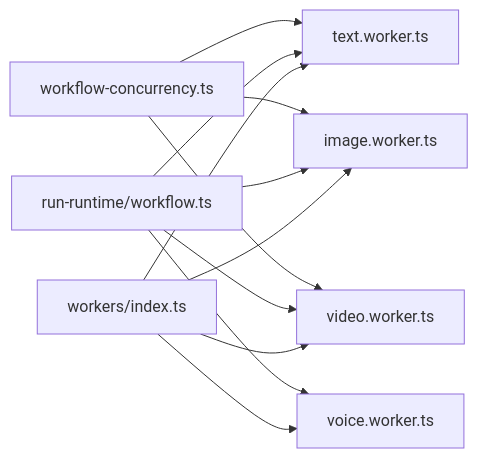
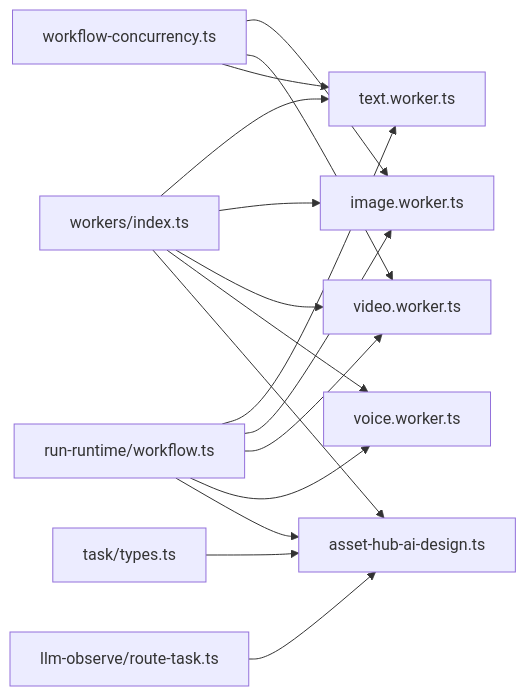
Before and after one commit to lyl2021/waoowaoo: the eighth of 8 diagrams in .qoder/repowiki/zh/content/小说推广工作流/小说推广工作流.md, drawn with Mermaid. The commit also changed other lines of this file and 43 other files, not shown here.

````diff
--- a/.qoder/repowiki/zh/content/小说推广工作流/小说推广工作流.md
+++ b/.qoder/repowiki/zh/content/小说推广工作流/小说推广工作流.md
@@ -299,14 +413,18 @@
 ```mermaid
 graph LR
 IDX["workers/index.ts"] --> TXT["text.worker.ts"]
 IDX --> IMG["image.worker.ts"]
 IDX --> VID["video.worker.ts"]
 IDX --> VOC["voice.worker.ts"]
+IDX --> AH["asset-hub-ai-design.ts"]
 WF["run-runtime/workflow.ts"] --> TXT
 WF --> IMG
 WF --> VID
 WF --> VOC
+WF --> AH
 CON["workflow-concurrency.ts"] --> IMG
 CON --> VID
 CON --> TXT
+TASK["task/types.ts"] --> AH
+RT["llm-observe/route-task.ts"] --> AH
 ```
````
